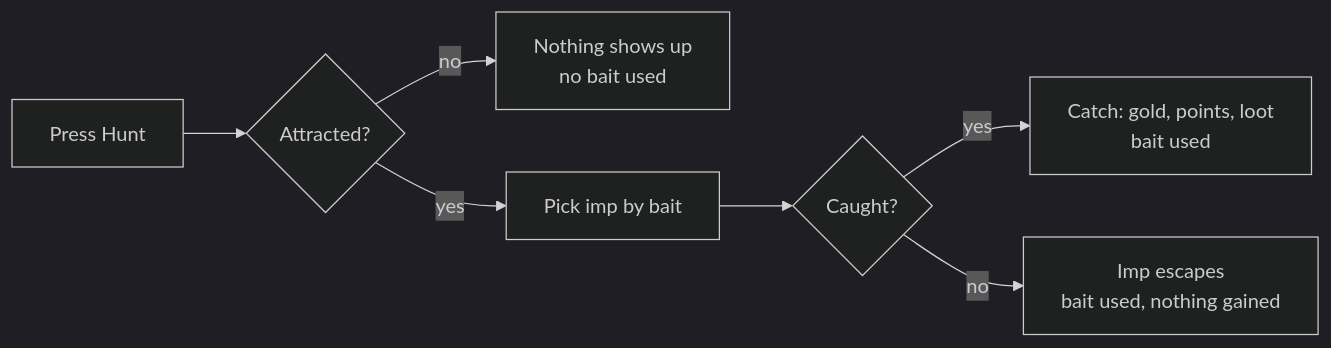
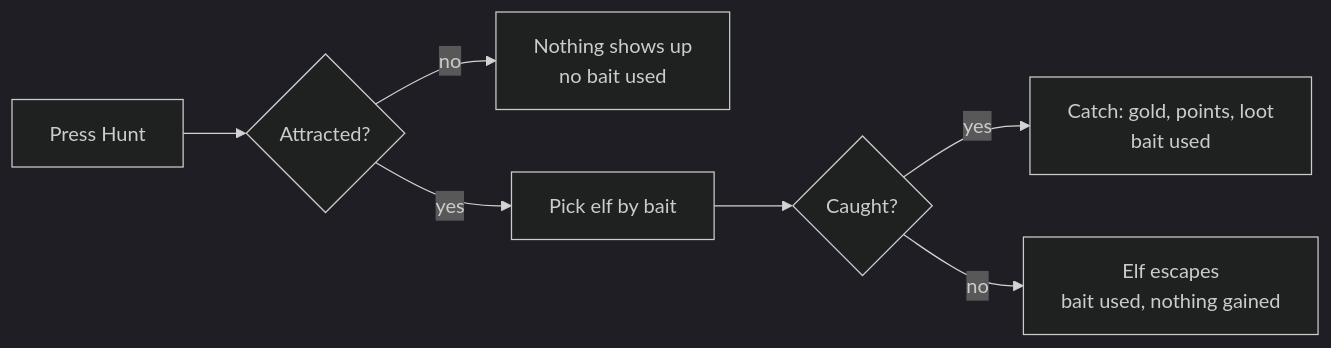
Before and after one commit to cheesezilla/naughty-list: the diagram in docs/PLAN.md, drawn with Mermaid (dark theme). The commit also changed other lines of this file and 92 other files, not shown here.

````diff
--- a/docs/PLAN.md
+++ b/docs/PLAN.md
@@ -80,8 +83,8 @@
 ```mermaid
 flowchart LR
   H[Press Hunt] --> A{Attracted?}
   A -- no --> Q[Nothing shows up<br/>no bait used]
-  A -- yes --> P[Pick imp by bait] --> C{Caught?}
+  A -- yes --> P[Pick elf by bait] --> C{Caught?}
   C -- yes --> W[Catch: gold, points, loot<br/>bait used]
-  C -- no --> E[Imp escapes<br/>bait used, nothing gained]
+  C -- no --> E[Elf escapes<br/>bait used, nothing gained]
 ```
````
